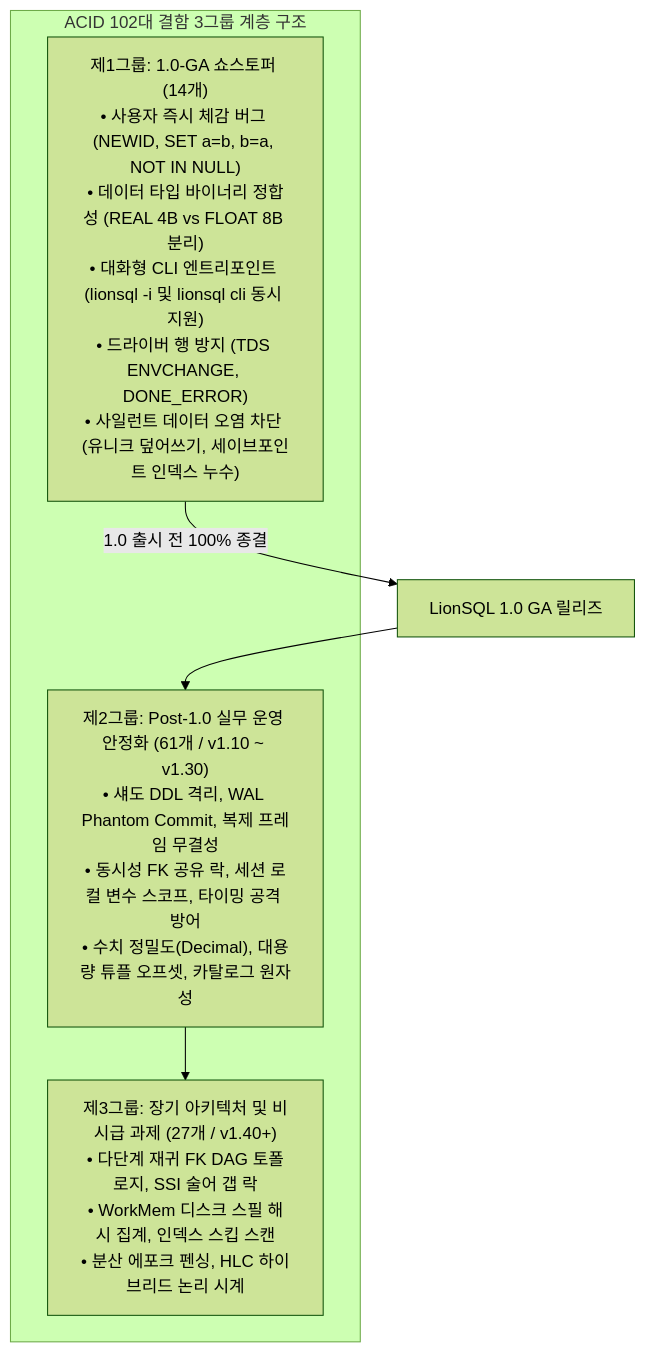
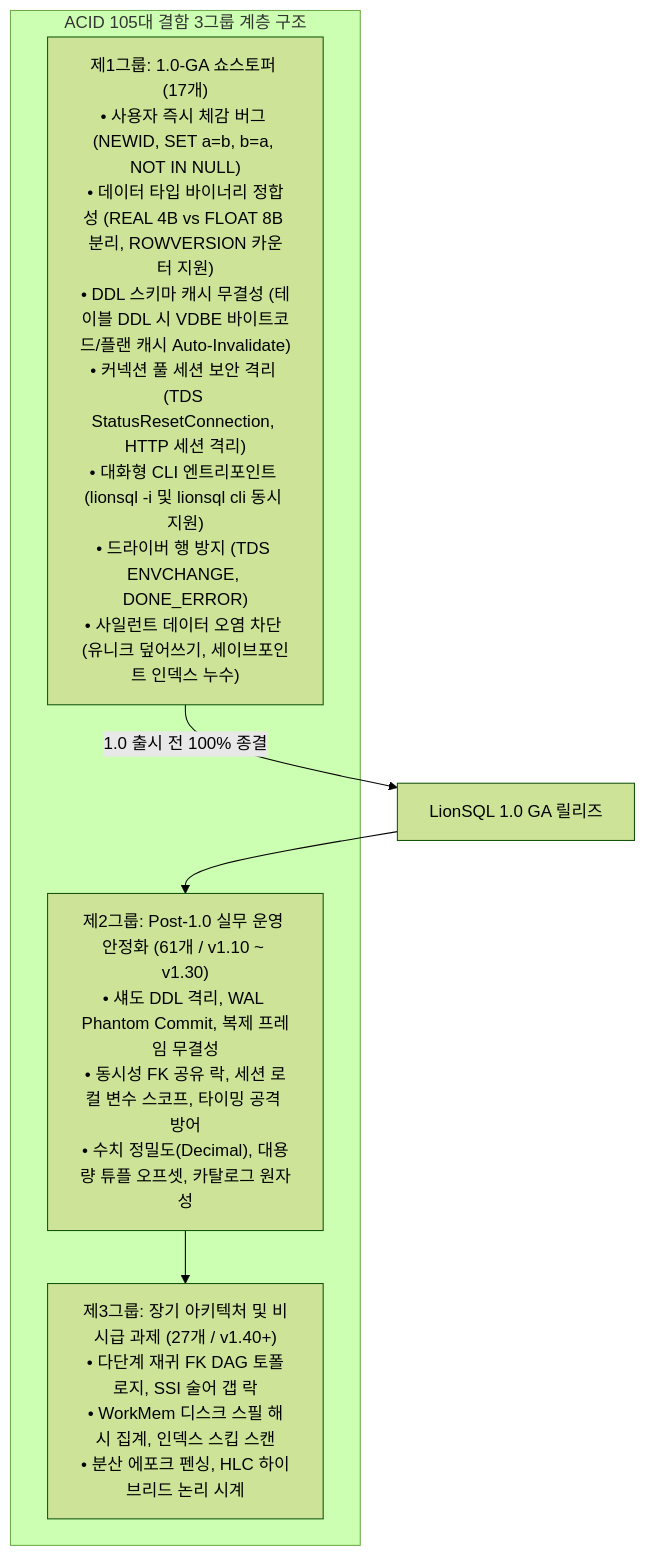
Before and after one commit to MaroShim/LionSQL: the first of 2 diagrams in notes/plans/ACID_CORE_INTEGRITY_STABILIZATION_PLAN.ko.md, drawn with Mermaid (forest theme). The commit also changed other lines of this file and 2 other files, not shown here.

Commit message:
docs(plan): register ROWVERSION counter and VDBE DDL cache invalidation tasks

````diff
--- a/notes/plans/ACID_CORE_INTEGRITY_STABILIZATION_PLAN.ko.md
+++ b/notes/plans/ACID_CORE_INTEGRITY_STABILIZATION_PLAN.ko.md
@@ -18,11 +18,11 @@
 ```mermaid
 flowchart TD
-    subgraph ACID_TriGroup ["ACID 102대 결함 3그룹 계층 구조"]
-        G1["제1그룹: 1.0-GA 쇼스토퍼 (14개)<br>• 사용자 즉시 체감 버그 (NEWID, SET a=b, b=a, NOT IN NULL)<br>• 데이터 타입 바이너리 정합성 (REAL 4B vs FLOAT 8B 분리)<br>• 대화형 CLI 엔트리포인트 (lionsql -i 및 lionsql cli 동시 지원)<br>• 드라이버 행 방지 (TDS ENVCHANGE, DONE_ERROR)<br>• 사일런트 데이터 오염 차단 (유니크 덮어쓰기, 세이브포인트 인덱스 누수)"]
+    subgraph ACID_TriGroup ["ACID 105대 결함 3그룹 계층 구조"]
+        G1["제1그룹: 1.0-GA 쇼스토퍼 (17개)<br>• 사용자 즉시 체감 버그 (NEWID, SET a=b, b=a, NOT IN NULL)<br>• 데이터 타입 바이너리 정합성 (REAL 4B vs FLOAT 8B 분리, ROWVERSION 카운터 지원)<br>• DDL 스키마 캐시 무결성 (테이블 DDL 시 VDBE 바이트코드/플랜 캐시 Auto-Invalidate)<br>• 커넥션 풀 세션 보안 격리 (TDS StatusResetConnection, HTTP 세션 격리)<br>• 대화형 CLI 엔트리포인트 (lionsql -i 및 lionsql cli 동시 지원)<br>• 드라이버 행 방지 (TDS ENVCHANGE, DONE_ERROR)<br>• 사일런트 데이터 오염 차단 (유니크 덮어쓰기, 세이브포인트 인덱스 누수)"]
         G2["제2그룹: Post-1.0 실무 운영 안정화 (61개 / v1.10 ~ v1.30)<br>• 섀도 DDL 격리, WAL Phantom Commit, 복제 프레임 무결성<br>• 동시성 FK 공유 락, 세션 로컬 변수 스코프, 타이밍 공격 방어<br>• 수치 정밀도(Decimal), 대용량 튜플 오프셋, 카탈로그 원자성"]
         G3["제3그룹: 장기 아키텍처 및 비시급 과제 (27개 / v1.40+)<br>• 다단계 재귀 FK DAG 토폴로지, SSI 술어 갭 락<br>• WorkMem 디스크 스필 해시 집계, 인덱스 스킵 스캔<br>• 분산 에포크 펜싱, HLC 하이브리드 논리 시계"]
     end
     G1 -->|1.0 출시 전 100% 종결| GA["LionSQL 1.0 GA 릴리즈"]
     GA --> G2
     G2 --> G3
 ```
````
